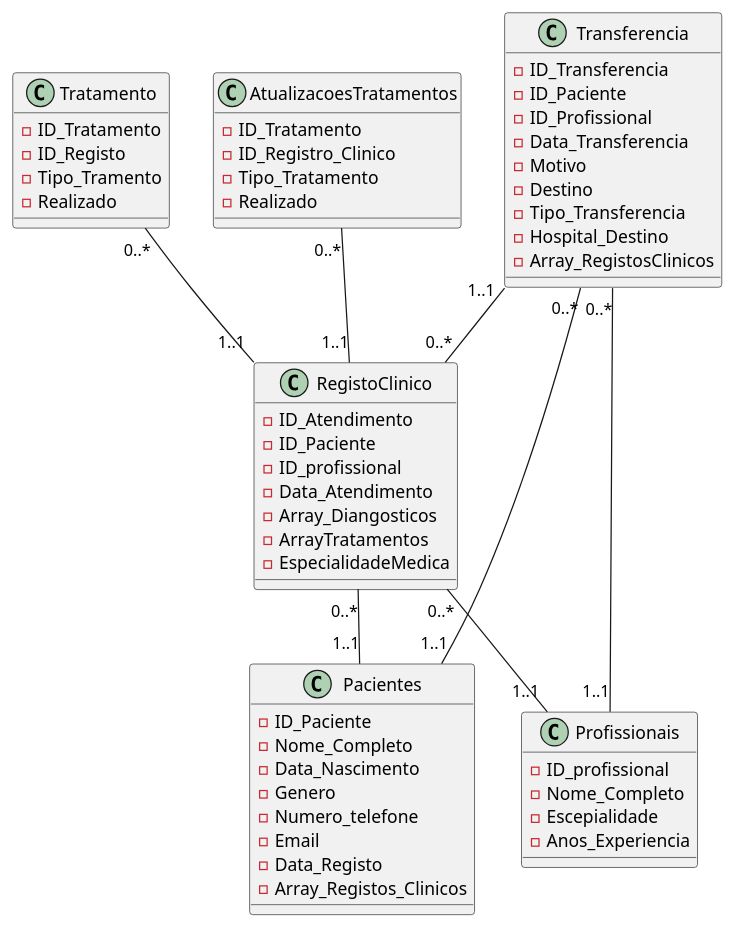
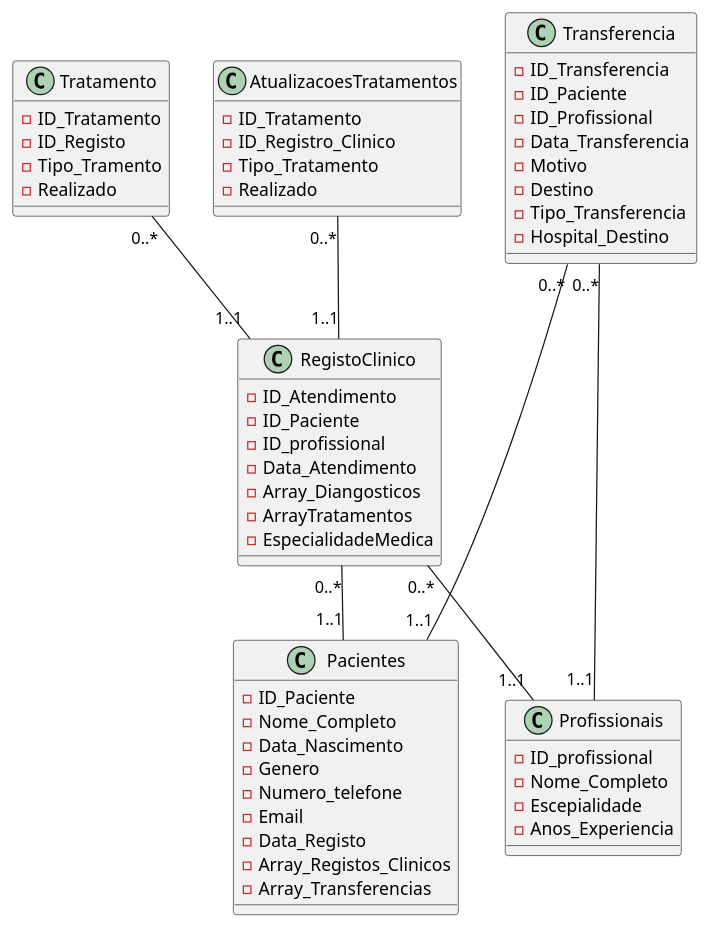
One commit to Arturito2005/TrabalhoPEI changed the diagram in CodigosMongo/DesenhoModelacaoBD/ModelacaoBD.plantuml. Above: the diagram before and after it, drawn with PlantUML. The commit also changed 6 other files, not shown here.

```diff
--- a/CodigosMongo/DesenhoModelacaoBD/ModelacaoBD.plantuml
+++ b/CodigosMongo/DesenhoModelacaoBD/ModelacaoBD.plantuml
@@ -1,90 +1,89 @@
 @startuml ModelacoaBD
 
 /'Neste caso nao será necessario todos os dados do registo
 clinicos no paciente apenas o ID, data e secalhar
 o que diz que tem uma condição Crónica de ativa
 
 Se calhar até no final nem é preciso ter armazenado os 
 registos clinicos e só preciso sim fazer o lookup e depois
 fazer um addField, que dependendo dos registos Clinicos
 que ele tem é adicionado o tipo de paciente que ele tem
 '/
 class Pacientes {
     - ID_Paciente
     - Nome_Completo
     - Data_Nascimento
     - Genero 
     - Numero_telefone
     - Email
     - Data_Registo
     - Array_Registos_Clinicos
+    - Array_Transferencias
 }
 
 class Profissionais {
     - ID_profissional
     - Nome_Completo
     - Escepialidade
     - Anos_Experiencia
 }
 
 /'
  O array de diagnosticos possui estes dados:
  - Tipo_Diagnostico
  - Codigo_CID10
  - Descricao_Diagnostico'/
 class RegistoClinico {
     - ID_Atendimento
     - ID_Paciente
     - ID_profissional
     - Data_Atendimento
     - Array_Diangosticos
     - ArrayTratamentos
     - EspecialidadeMedica
 }
 
 RegistoClinico "0..*" -- "1..1" Pacientes
 RegistoClinico "0..*" -- "1..1" Profissionais
 
 /'Os Registos clinicos fomos buscar 
 atraces da conexão entre as transferencias
 e registos clinicosm pois ambos têm o 
 campo ID_Paciente'/
 
 /'O Array de Registos clinicos vai ter
 apenas os registos clinicos que obdecem
 ao que e pedido no xml'/
 class Transferencia {
     - ID_Transferencia
     - ID_Paciente
     - ID_Profissional
     - Data_Transferencia
     - Motivo 
     - Destino 
     - Tipo_Transferencia
     - Hospital_Destino 
-    -Array_RegistosClinicos
 }
 
 Transferencia "0..*" --- "1..1" Pacientes
 Transferencia "0..*" --- "1..1" Profissionais
-Transferencia "1..1" -- "0..*" RegistoClinico
 
 class Tratamento {
     - ID_Tratamento 
     - ID_Registo
     - Tipo_Tramento 
     - Realizado 
 }
 
 Tratamento "0..*" -- "1..1" RegistoClinico
 
 class AtualizacoesTratamentos {
     - ID_Tratamento
     - ID_Registro_Clinico
     - Tipo_Tratamento
     - Realizado
 }
 
 AtualizacoesTratamentos "0..*" -- "1..1" RegistoClinico
 
 @enduml
```
